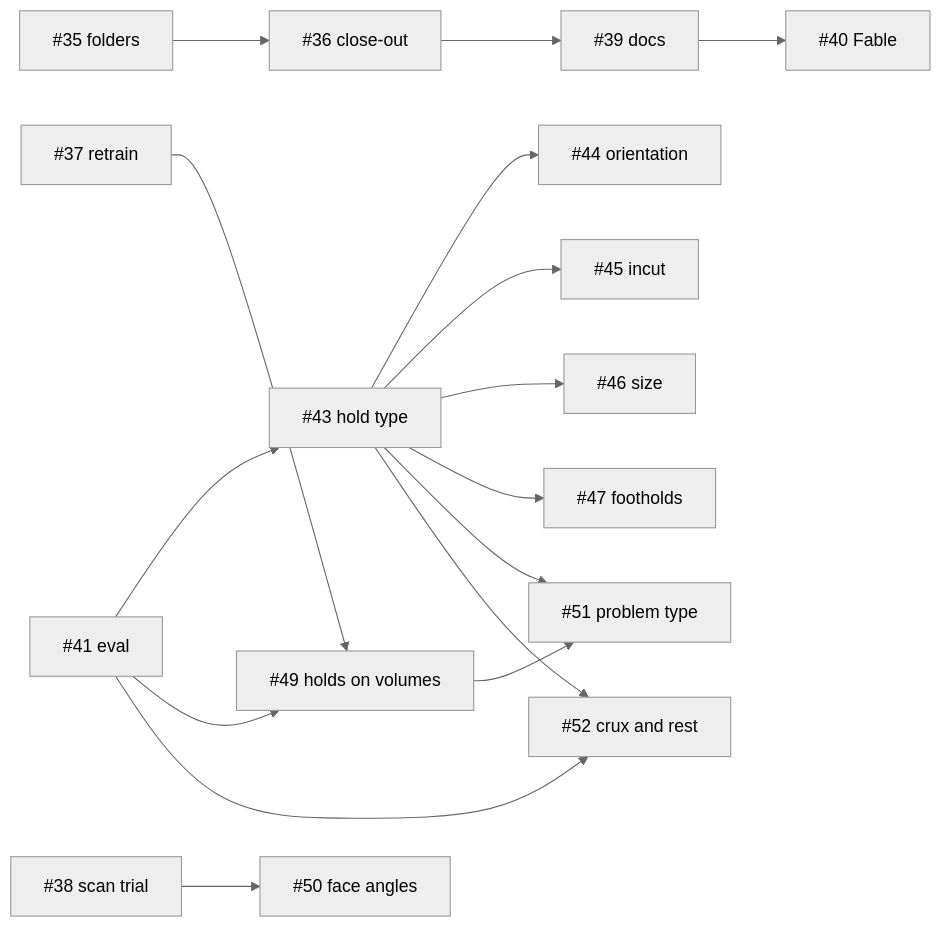
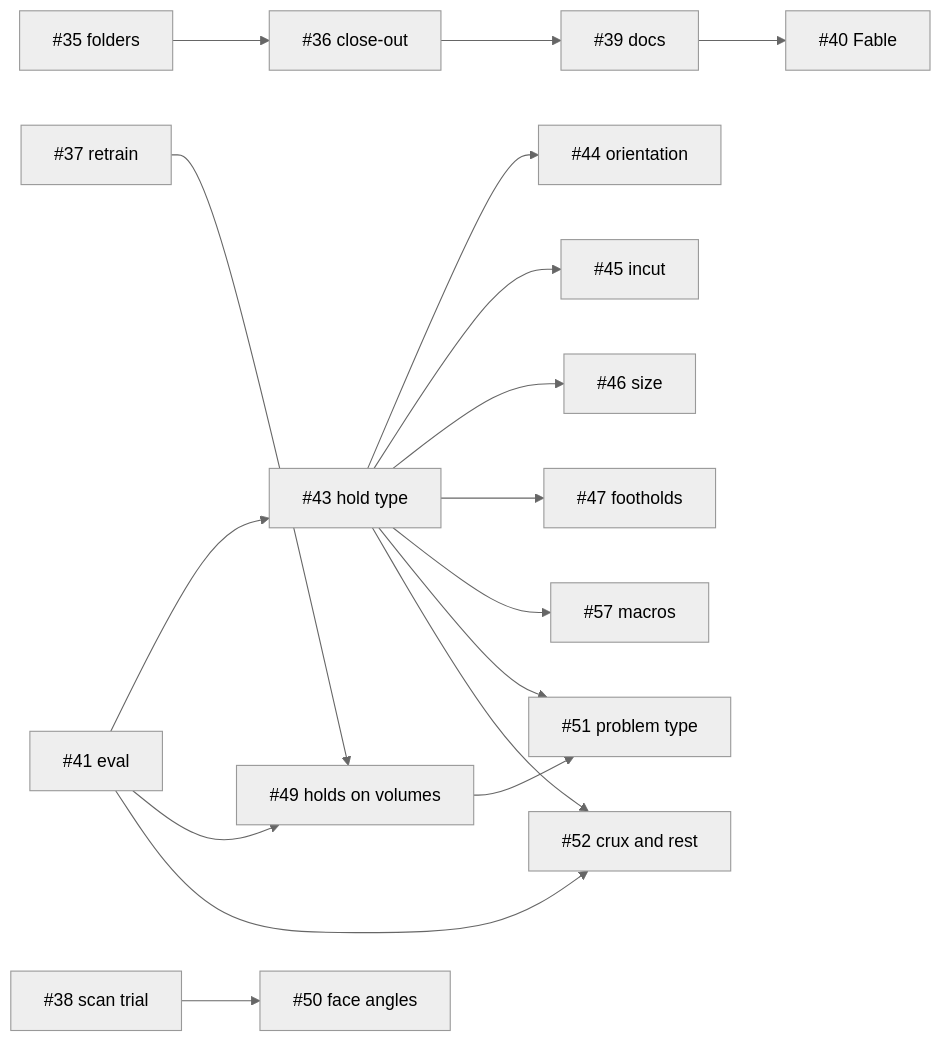
Before and after one commit to TheSamStewart/ML-AI-Rock-Climbing-Assistant: the diagram in docs/milestones/v0.2/milestone.md, drawn with Mermaid (neutral theme). The commit also changed other lines of this file and 4 other files, not shown here.

````diff
--- a/docs/milestones/v0.2/milestone.md
+++ b/docs/milestones/v0.2/milestone.md
@@ -53,11 +54,12 @@
 ```mermaid
 flowchart LR
   i35["#35 folders"] --> i36["#36 close-out"] --> i39["#39 docs"] --> i40["#40 Fable"]
   i41["#41 eval"] --> i43["#43 hold type"]
   i43 --> i44["#44 orientation"] & i45["#45 incut"] & i46["#46 size"] & i47["#47 footholds"]
   i37["#37 retrain"] --> i49["#49 holds on volumes"]
   i41 --> i49
   i38["#38 scan trial"] --> i50["#50 face angles"]
+  i43 --> i57["#57 macros"]
   i43 & i49 --> i51["#51 problem type"]
   i41 & i43 --> i52["#52 crux and rest"]
 ```
````
